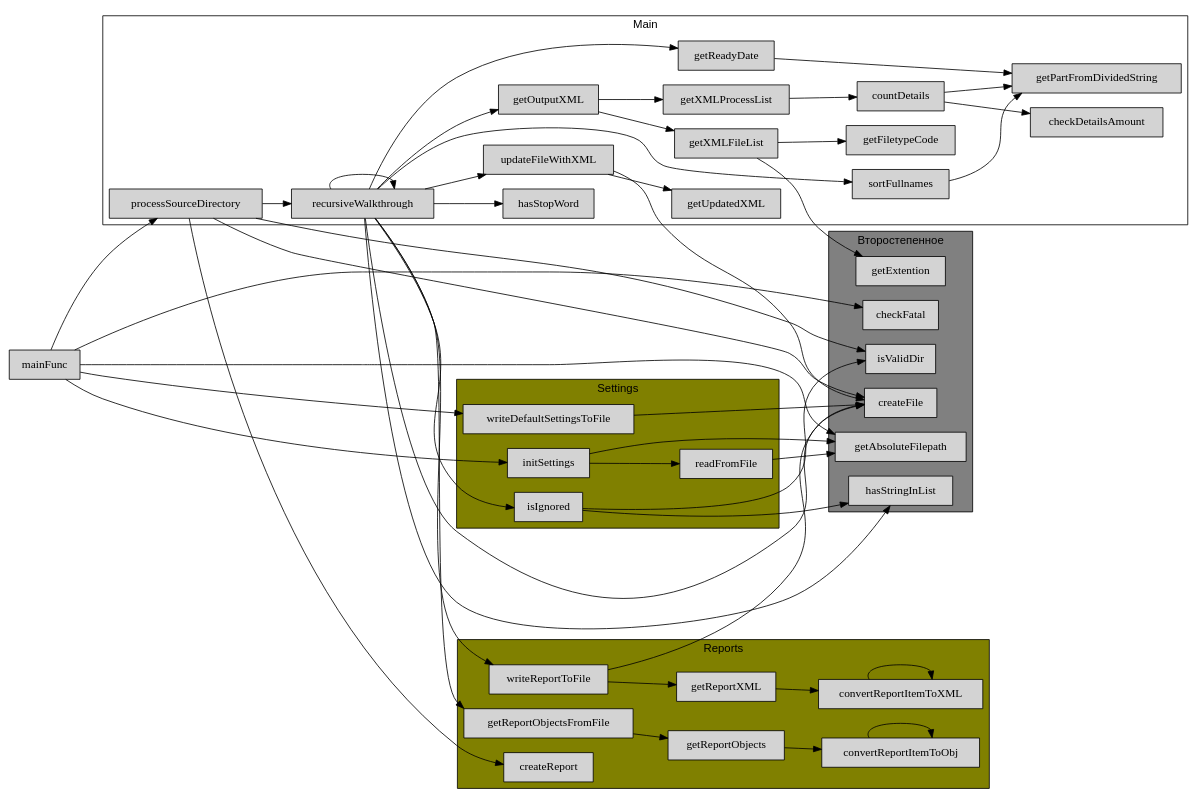
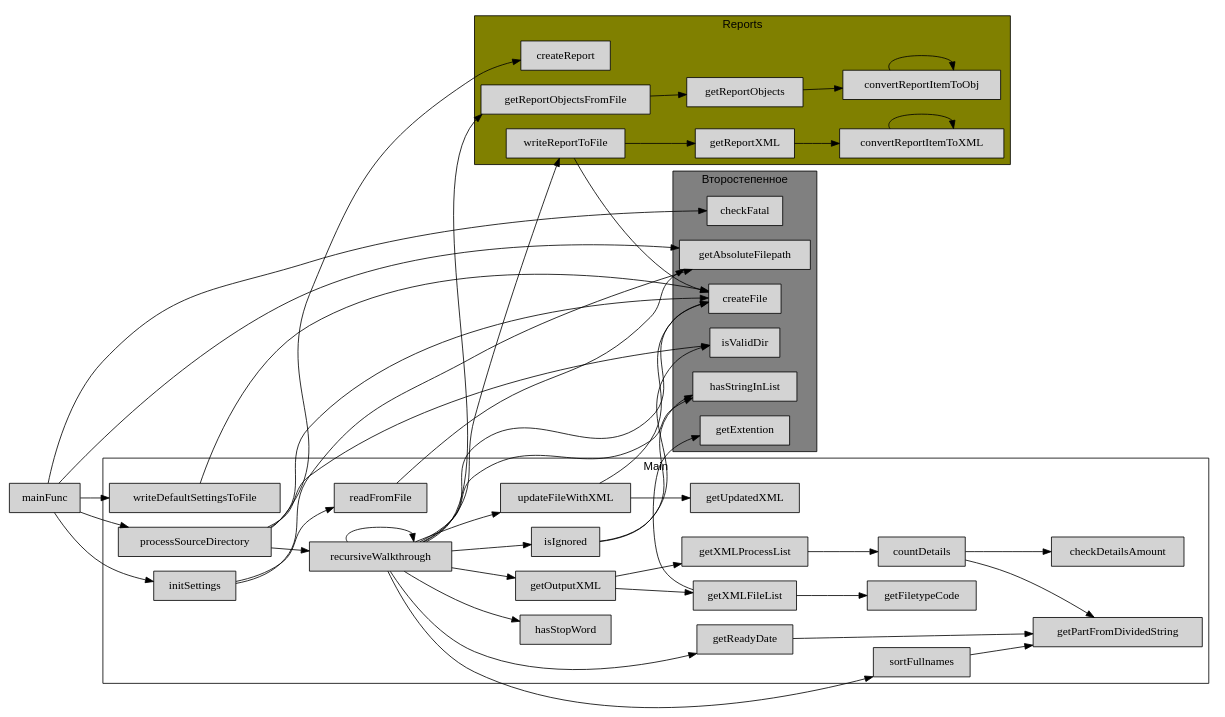
The diagram in graphviz/Список вызовов ListMaker.gv (ProOwler/CNC-list-creator), drawn with Graphviz before and after one commit. The commit also changed other lines of this file and 5 other files, not shown here.

```diff
--- a/graphviz/Список вызовов ListMaker.gv
+++ b/graphviz/Список вызовов ListMaker.gv
@@ -1,114 +1,114 @@
 digraph CallOrder {
 	fontname=Helvetica;
 	splines=curved;
 	splines=true;
 	ratio=fill;
 	rankdir=LR;
 	mindist=100;
 	minlen=150;
 	overlap=prism;		
 
 "mainFunc" [style=filled shape=box]
 
 subgraph clusterMain1{
 		label="Main"
 		bgcolor="white"
 
 "processSourceDirectory" [style=filled shape=box]
 "recursiveWalkthrough" [style=filled shape=box]
 "sortFullnames" [style=filled shape=box]
 "getReadyDate" [style=filled shape=box]
 "countDetails" [style=filled shape=box]
 "getPartFromDividedString" [style=filled shape=box]
 "hasStopWord" [style=filled shape=box]
 "checkDetailsAmount" [style=filled shape=box]
 "getOutputXML" [style=filled shape=box]
 "getXMLFileList" [style=filled shape=box]
 "getXMLProcessList" [style=filled shape=box]
 "getFiletypeCode" [style=filled shape=box]
 "updateFileWithXML" [style=filled shape=box]
 "getUpdatedXML" [style=filled shape=box]
 
+"initSettings" [style=filled shape=box]
+"writeDefaultSettingsToFile" [style=filled shape=box]
+"readFromFile" [style=filled shape=box]
+"isIgnored" [style=filled shape=box]
+
 }
 
 subgraph clusterAux2{
 		label="Второстепенное"
 		bgcolor="grey"
 
 "isValidDir" [style=filled shape=box]
 "hasStringInList" [style=filled shape=box]
 "checkFatal" [style=filled shape=box]
 "createFile" [style=filled shape=box]
 "getAbsoluteFilepath" [style=filled shape=box]
 "getExtention" [style=filled shape=box]
 
 }
 
+subgraph clusterSettings4{
+		label="Settings"
+		bgcolor="olive"
+
+}
+
 subgraph clusterReports3{
 		label="Reports"
 		bgcolor="olive"
 
 "createReport" [style=filled shape=box]
 "getReportObjectsFromFile" [style=filled shape=box]
 "getReportObjects" [style=filled shape=box]
 "convertReportItemToObj" [style=filled shape=box]
 "writeReportToFile" [style=filled shape=box]
 "getReportXML" [style=filled shape=box]
 "convertReportItemToXML" [style=filled shape=box]
-
-}
-
-subgraph clusterSettings4{
-		label="Settings"
-		bgcolor="olive"
-
-"initSettings" [style=filled shape=box]
-"writeDefaultSettingsToFile" [style=filled shape=box]
-"readFromFile" [style=filled shape=box]
-"isIgnored" [style=filled shape=box]
 
 }
 
 //--
 
 "mainFunc" -> { "initSettings", "checkFatal", "writeDefaultSettingsToFile", "getAbsoluteFilepath", "processSourceDirectory"}
 
 "processSourceDirectory" -> { "recursiveWalkthrough", "createFile", "createReport", "isValidDir"}
 
 "recursiveWalkthrough" -> { "hasStringInList", "getReadyDate", "getReportObjectsFromFile", "hasStopWord", "updateFileWithXML", "getOutputXML", "sortFullnames", "createFile", "recursiveWalkthrough", "writeReportToFile", "isIgnored"}
 
 "sortFullnames" -> { "getPartFromDividedString"}
 
 "getReadyDate" -> { "getPartFromDividedString"}
 
 "getReportObjectsFromFile" -> { "getReportObjects"}
 
 "writeReportToFile" -> { "getReportXML", "createFile"}
 
 "getReportXML" -> { "convertReportItemToXML"}
 
 "convertReportItemToXML" -> { "convertReportItemToXML"}
 
 "getReportObjects" -> { "convertReportItemToObj"}
 
 "convertReportItemToObj" -> { "convertReportItemToObj"}
 
 "initSettings" -> { "getAbsoluteFilepath", "readFromFile"}
 
 "readFromFile" -> { "getAbsoluteFilepath"}
 
 "isIgnored" -> { "isValidDir", "hasStringInList"}
 
 "writeDefaultSettingsToFile" -> { "createFile"}
 
 "updateFileWithXML" -> { "getUpdatedXML", "createFile"}
 
 "getOutputXML" -> { "getXMLFileList", "getXMLProcessList"}
 
 "getXMLFileList" -> { "getFiletypeCode", "getExtention"}
 
 "getXMLProcessList" -> { "countDetails"}
 
 "countDetails" -> { "checkDetailsAmount", "getPartFromDividedString"}
 
 }
```
